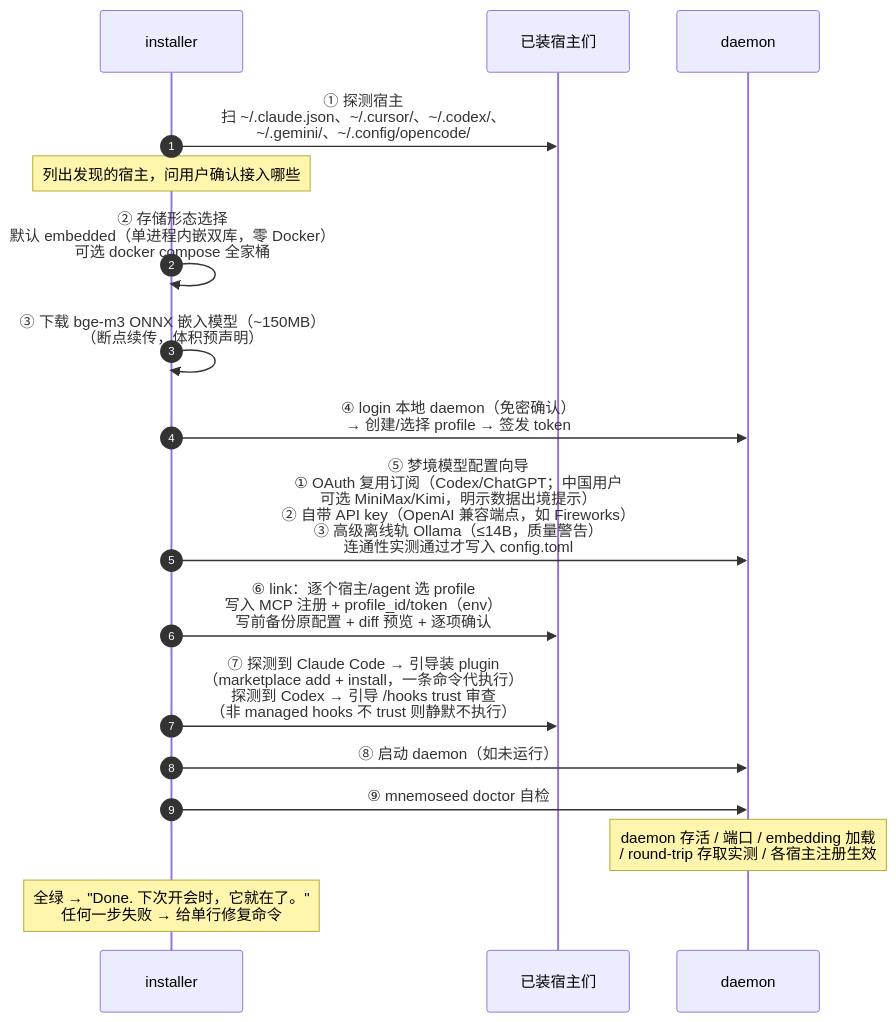
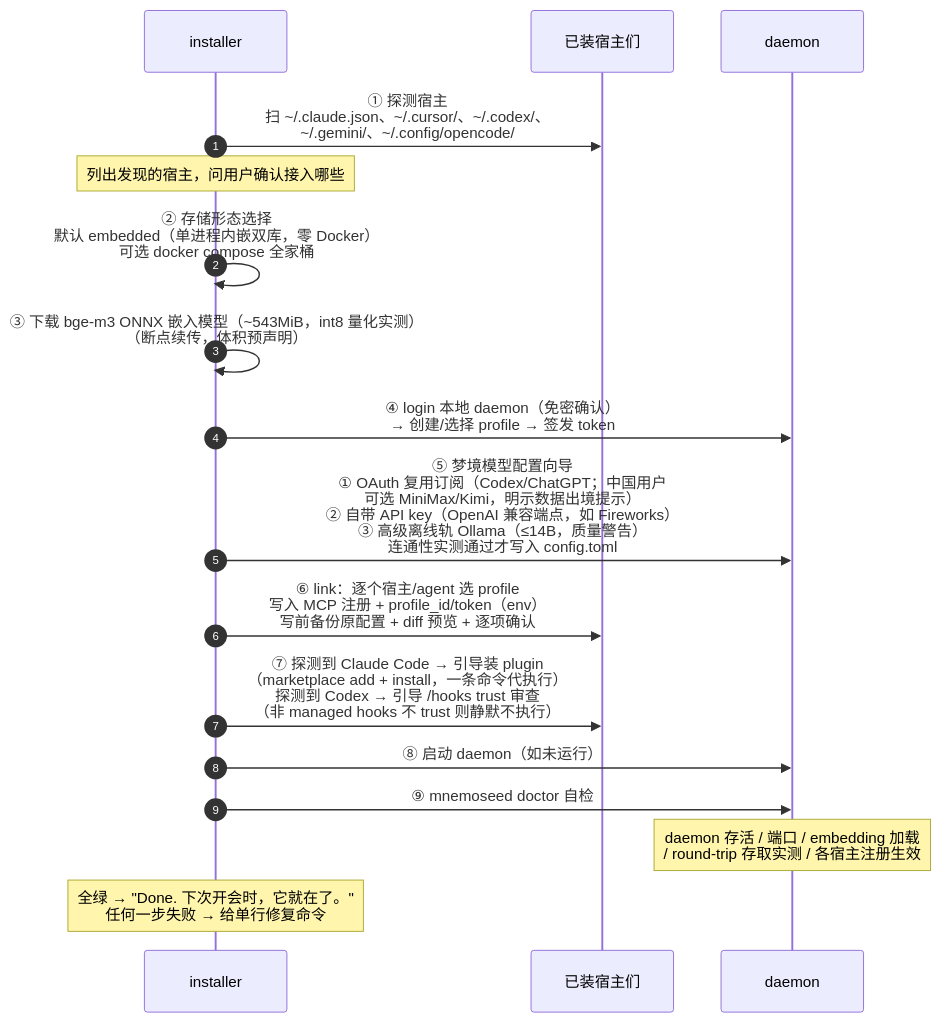
Before and after one commit to MnemoSeed/mnemoseed: the fourth of 5 diagrams in docs/design/06-接入与安装体验.md, drawn with Mermaid. The commit also changed 3 other files, not shown here.

Commit message:
docs: correct bge-m3 ONNX size to ~543MiB (measured int8 quantized) across all docs

````diff
--- a/docs/design/06-接入与安装体验.md
+++ b/docs/design/06-接入与安装体验.md
@@ -186,19 +186,19 @@
 ```mermaid
 sequenceDiagram
     autonumber
     participant I as installer
     participant H as 已装宿主们
     participant D as daemon
     I->>H: ① 探测宿主<br/>扫 ~/.claude.json、~/.cursor/、~/.codex/、<br/>~/.gemini/、~/.config/opencode/
     Note over I: 列出发现的宿主，问用户确认接入哪些
     I->>I: ② 存储形态选择<br/>默认 embedded（单进程内嵌双库，零 Docker）<br/>可选 docker compose 全家桶
-    I->>I: ③ 下载 bge-m3 ONNX 嵌入模型（~150MB）<br/>（断点续传，体积预声明）
+    I->>I: ③ 下载 bge-m3 ONNX 嵌入模型（~543MiB，int8 量化实测）<br/>（断点续传，体积预声明）
     I->>D: ④ login 本地 daemon（免密确认）<br/>→ 创建/选择 profile → 签发 token
     I->>D: ⑤ 梦境模型配置向导<br/>① OAuth 复用订阅（Codex/ChatGPT；中国用户<br/>可选 MiniMax/Kimi，明示数据出境提示）<br/>② 自带 API key（OpenAI 兼容端点，如 Fireworks）<br/>③ 高级离线轨 Ollama（≤14B，质量警告）<br/>连通性实测通过才写入 config.toml
     I->>H: ⑥ link：逐个宿主/agent 选 profile<br/>写入 MCP 注册 + profile_id/token（env）<br/>写前备份原配置 + diff 预览 + 逐项确认
     I->>H: ⑦ 探测到 Claude Code → 引导装 plugin<br/>（marketplace add + install，一条命令代执行）<br/>探测到 Codex → 引导 /hooks trust 审查<br/>（非 managed hooks 不 trust 则静默不执行）
     I->>D: ⑧ 启动 daemon（如未运行）
     I->>D: ⑨ mnemoseed doctor 自检
     Note over D: daemon 存活 / 端口 / embedding 加载<br/>/ round-trip 存取实测 / 各宿主注册生效
     Note over I: 全绿 → "Done. 下次开会时，它就在了。"<br/>任何一步失败 → 给单行修复命令
 ```
````
